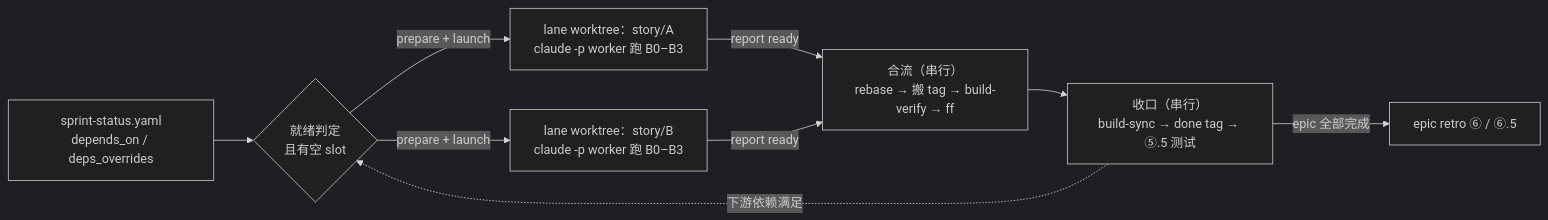
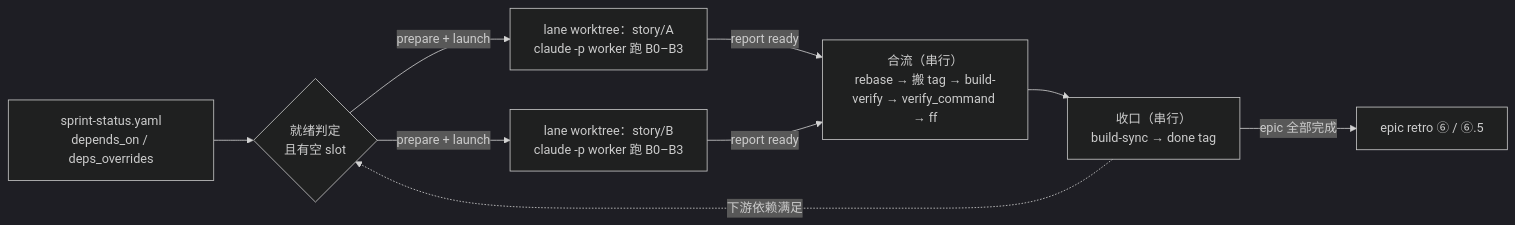
One commit to Niutie/my-cc-plugin changed the first of 3 diagrams in plugins/super-harness/README.md. Above: the diagram before and after it, drawn with Mermaid (dark theme). The commit also changed other lines of this file and 40 other files, not shown here.

````diff
--- a/plugins/super-harness/README.md
+++ b/plugins/super-harness/README.md
@@ -24,11 +26,11 @@
 ```mermaid
 flowchart LR
   S["sprint-status.yaml<br/>depends_on / deps_overrides"] --> R{"就绪判定<br/>且有空 slot"}
   R -->|prepare + launch| W1["lane worktree：story/A<br/>claude -p worker 跑 B0–B3"]
   R -->|prepare + launch| W2["lane worktree：story/B<br/>claude -p worker 跑 B0–B3"]
-  W1 -->|report ready| I["合流（串行）<br/>rebase → 搬 tag → build-verify → ff"]
+  W1 -->|report ready| I["合流（串行）<br/>rebase → 搬 tag → build-verify → verify_command → ff"]
   W2 -->|report ready| I
-  I --> C["收口（串行）<br/>build-sync → done tag → ⑤.5 测试"]
+  I --> C["收口（串行）<br/>build-sync → done tag"]
   C -->|epic 全部完成| T["epic retro ⑥ / ⑥.5"]
   C -.->|下游依赖满足| R
 ```
````
